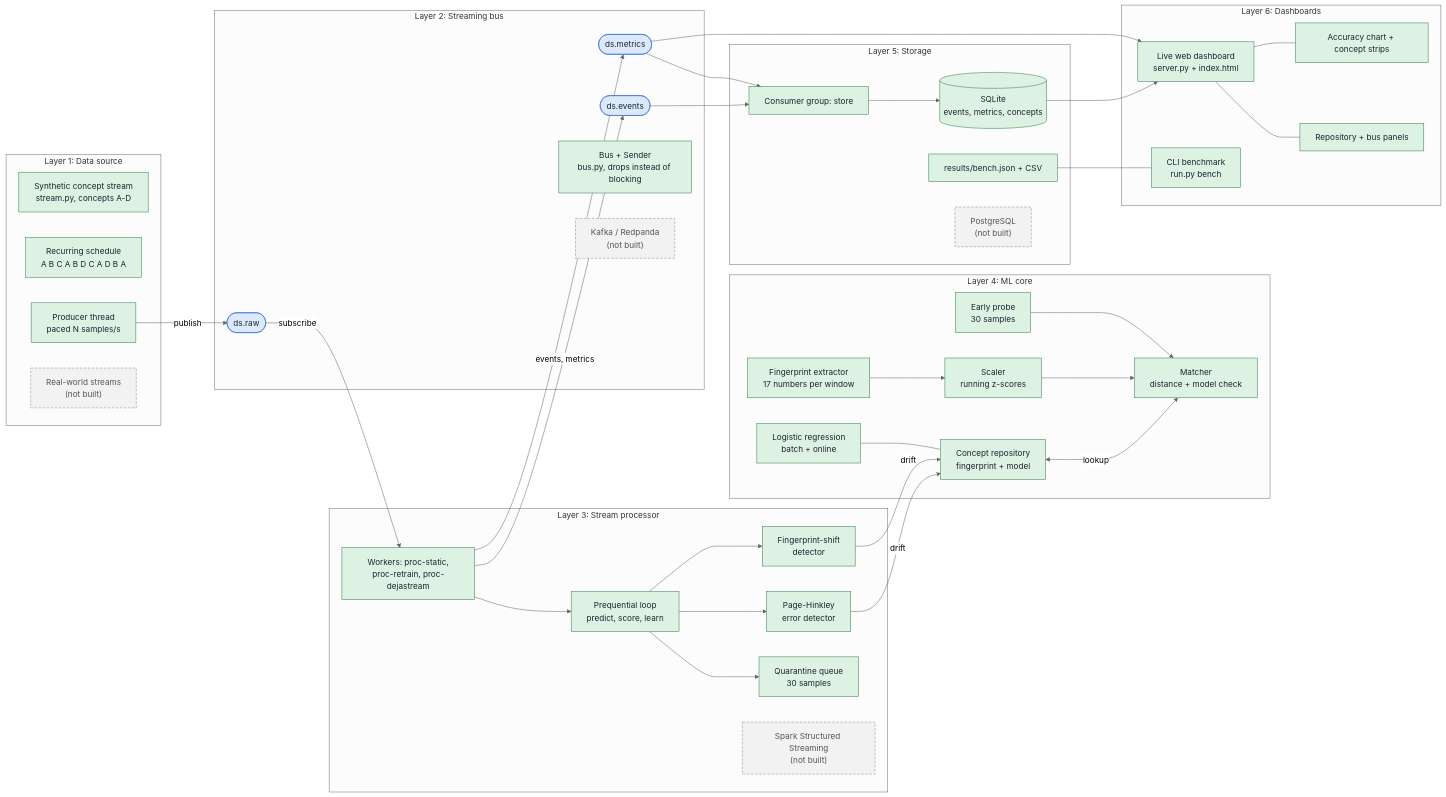
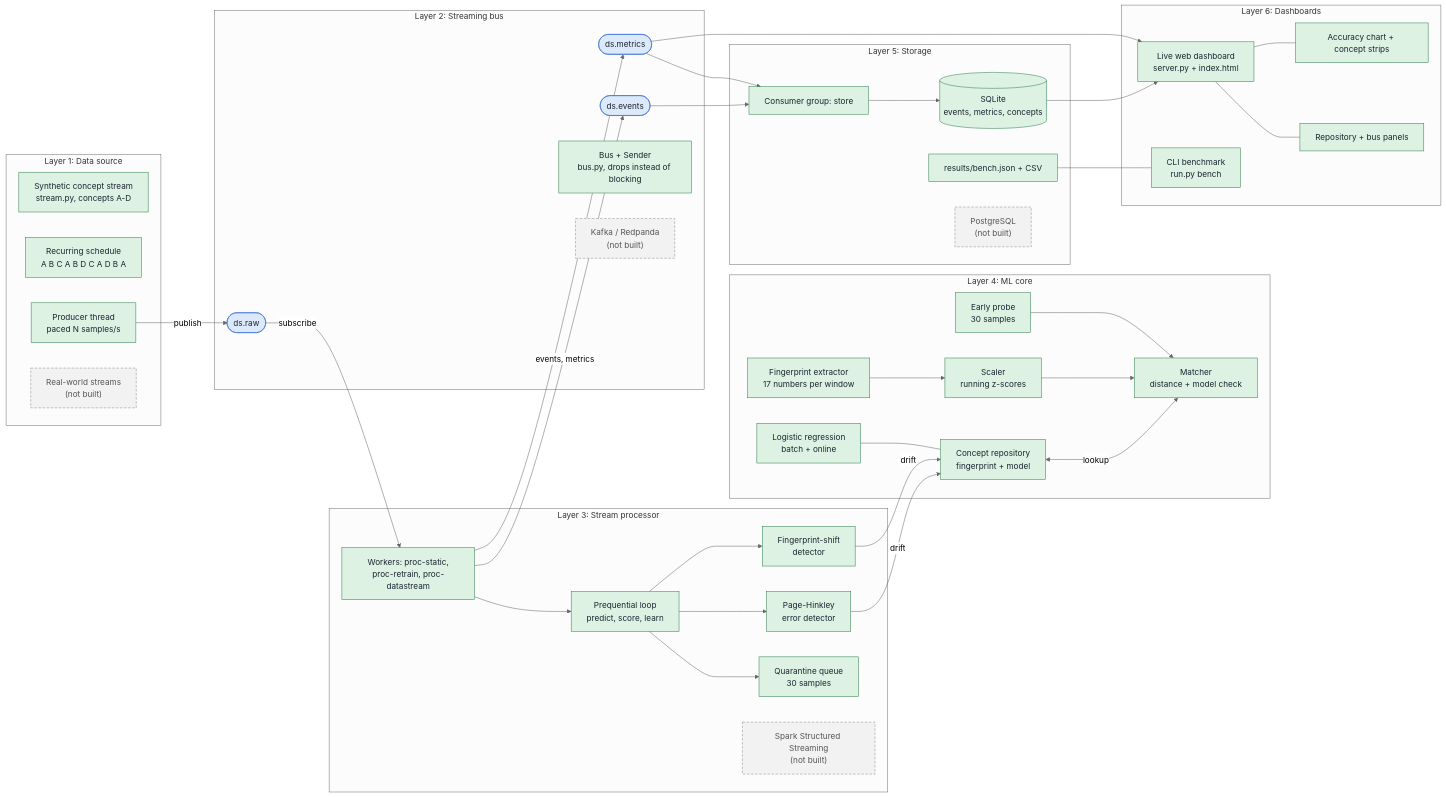
One commit to heytanix/Datastream changed the first of 7 diagrams in README.md. Above: the diagram before and after it, drawn with Mermaid (neutral theme). The commit also changed other lines of this file and 83 other files, not shown here.

````diff
--- a/README.md
+++ b/README.md
@@ -29,73 +29,73 @@
 ```mermaid
 flowchart LR
   subgraph L1["Layer 1: Data source"]
     S1["Synthetic concept stream<br/>stream.py, concepts A-D"]
     S2["Recurring schedule<br/>A B C A B D C A D B A"]
     S3["Producer thread<br/>paced N samples/s"]
     S4["Real-world streams<br/>(not built)"]
   end
   subgraph L2["Layer 2: Streaming bus"]
     T1(["ds.raw"])
     T2(["ds.events"])
     T3(["ds.metrics"])
     B1["Bus + Sender<br/>bus.py, drops instead of blocking"]
     B2["Kafka / Redpanda<br/>(not built)"]
   end
   subgraph L3["Layer 3: Stream processor"]
-    P1["Workers: proc-static,<br/>proc-retrain, proc-dejastream"]
+    P1["Workers: proc-static,<br/>proc-retrain, proc-datastream"]
     P2["Prequential loop<br/>predict, score, learn"]
     P3["Page-Hinkley<br/>error detector"]
     P4["Fingerprint-shift<br/>detector"]
     P5["Quarantine queue<br/>30 samples"]
     P6["Spark Structured Streaming<br/>(not built)"]
   end
   subgraph L4["Layer 4: ML core"]
     M1["Fingerprint extractor<br/>17 numbers per window"]
     M2["Scaler<br/>running z-scores"]
     M3["Concept repository<br/>fingerprint + model"]
     M4["Matcher<br/>distance + model check"]
     M5["Early probe<br/>30 samples"]
     M6["Logistic regression<br/>batch + online"]
   end
   subgraph L5["Layer 5: Storage"]
     D1[("SQLite<br/>events, metrics, concepts")]
     D2["Consumer group: store"]
     D3["results/bench.json + CSV"]
     D4["PostgreSQL<br/>(not built)"]
   end
   subgraph L6["Layer 6: Dashboards"]
     V1["Live web dashboard<br/>server.py + index.html"]
     V2["Accuracy chart + concept strips"]
     V3["Repository + bus panels"]
     V4["CLI benchmark<br/>run.py bench"]
   end
 
   S3 -->|publish| T1
   T1 -->|subscribe| P1
   P1 --> P2 --> P3
   P2 --> P4
   P2 --> P5
   P1 -->|events, metrics| T2
   P1 --> T3
   P3 -->|drift| M3
   P4 -->|drift| M3
   M3 <-->|lookup| M4
   M1 --> M2 --> M4
   M5 --> M4
   M6 --- M3
   T2 --> D2
   T3 --> D2
   D2 --> D1
   D1 --> V1
   T3 --> V1
   V1 --- V2
   V1 --- V3
   D3 --- V4
 
   classDef ok fill:#DDF2E3,stroke:#2F7D4F,color:#1C2430;
   classDef todo fill:#F2F2F2,stroke:#8A8A8A,stroke-dasharray:5 3,color:#555;
   classDef topic fill:#DCE9FB,stroke:#3B6FD4,color:#1C2430;
   class S1,S2,S3,B1,P1,P2,P3,P4,P5,M1,M2,M3,M4,M5,M6,D1,D2,D3,V1,V2,V3,V4 ok;
   class S4,B2,P6,D4 todo;
   class T1,T2,T3 topic;
 ```
````
